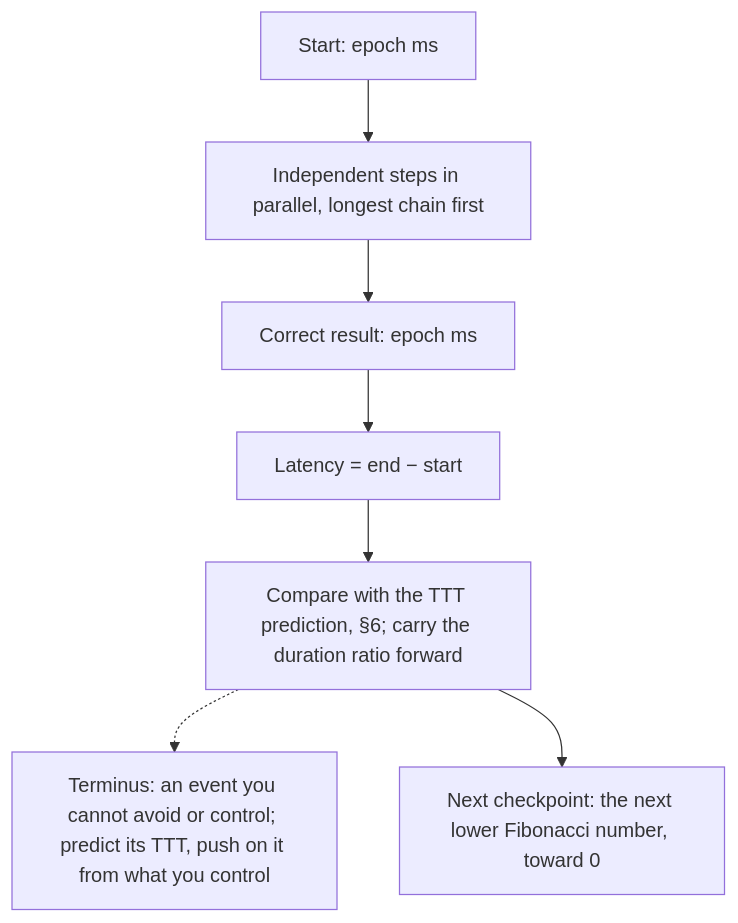
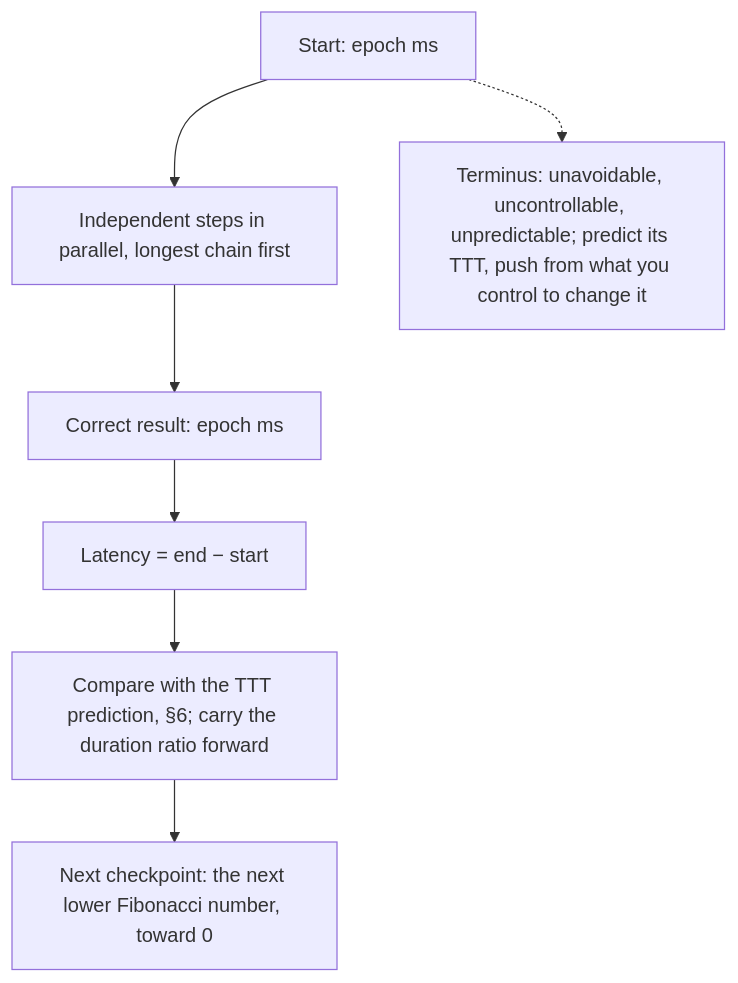
The eighth of 14 diagrams in AGENTS.md (SolenixAI/arbiter), drawn with Mermaid before and after one commit. The commit also changed other lines of this file, not shown here.

Commit message:
docs(agents): terminus review fixes

````diff
--- a/AGENTS.md
+++ b/AGENTS.md
@@ -359,6 +359,6 @@
 ```mermaid
 flowchart TD
   S["Start: epoch ms"] --> P["Independent steps in parallel, longest chain first"] --> R["Correct result: epoch ms"] --> L["Latency = end − start"]
-  C -.-> TM["Terminus: an event you cannot avoid or control; predict its TTT, push on it from what you control"]
   L --> C["Compare with the TTT prediction, §6; carry the duration ratio forward"] --> FB["Next checkpoint: the next lower Fibonacci number, toward 0"]
+  S -.-> TM["Terminus: unavoidable, uncontrollable, unpredictable; predict its TTT, push from what you control to change it"]
 ```
````
